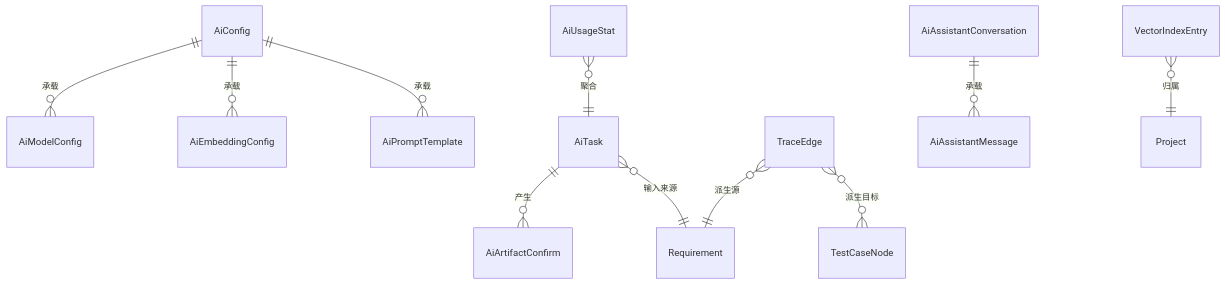
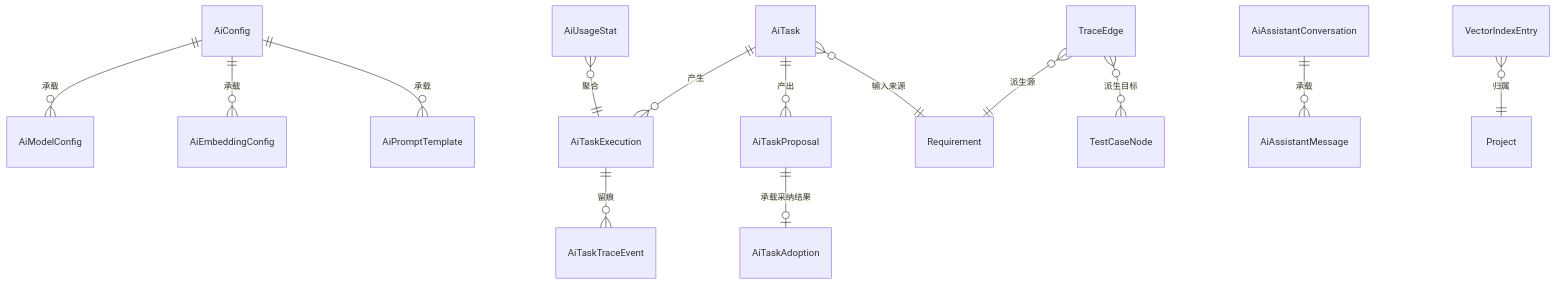
Before and after one commit to XiaoMiSum/robotest: the second of 2 diagrams in docs/02-high-level-design/07-ai-capability/02-hld-ai-capability.md, drawn with Mermaid. The commit also changed other lines of this file and 10 other files, not shown here.

````diff
--- a/docs/02-high-level-design/07-ai-capability/02-hld-ai-capability.md
+++ b/docs/02-high-level-design/07-ai-capability/02-hld-ai-capability.md
@@ -150,13 +153,16 @@
 ```mermaid
 erDiagram
     AiConfig ||--o{ AiModelConfig : 承载
     AiConfig ||--o{ AiEmbeddingConfig : 承载
     AiConfig ||--o{ AiPromptTemplate : 承载
-    AiTask ||--o{ AiArtifactConfirm : 产生
+    AiTask ||--o{ AiTaskExecution : 产生
+    AiTaskExecution ||--o{ AiTaskTraceEvent : 留痕
+    AiTask ||--o{ AiTaskProposal : 产出
+    AiTaskProposal ||--o| AiTaskAdoption : 承载采纳结果
     AiTask }o--|| Requirement : 输入来源
-    AiUsageStat }o--|| AiTask : 聚合
+    AiUsageStat }o--|| AiTaskExecution : 聚合
     TraceEdge }o--|| Requirement : 派生源
     TraceEdge }o--o{ TestCaseNode : 派生目标
     AiAssistantConversation ||--o{ AiAssistantMessage : 承载
     VectorIndexEntry }o--|| Project : 归属
 ```
````
